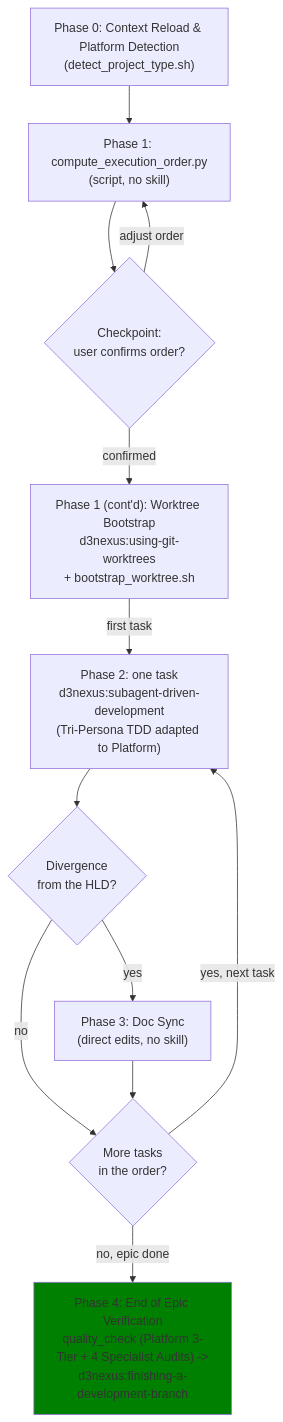
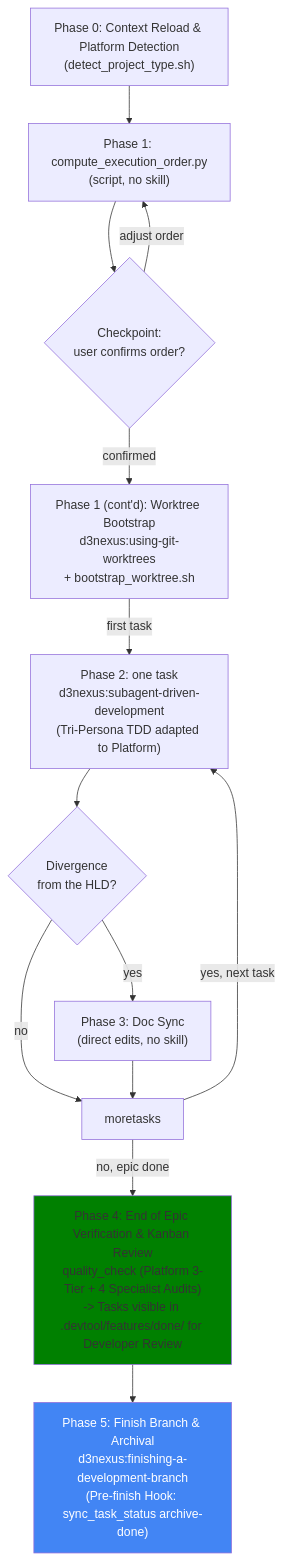
One commit to DanhDue/ai-agent-tools changed the diagram in skills/epic-implementation/SKILL.md. Above: the diagram before and after it, drawn with Mermaid. The commit also changed other lines of this file and 7 other files, not shown here.

First line of the commit message:
[EPIC_ARCHIVAL_AND_PLANNING_GATE] Integrate Pre-Finish Archival Hook and Kanban Review State

````diff
--- a/skills/epic-implementation/SKILL.md
+++ b/skills/epic-implementation/SKILL.md
@@ -41,25 +41,27 @@
 ```mermaid
 flowchart TB
     phase0["Phase 0: Context Reload & Platform Detection\n(detect_project_type.sh)"]
     phase1a["Phase 1: compute_execution_order.py\n(script, no skill)"]
     checkpoint{"Checkpoint:\nuser confirms order?"}
     phase1b["Phase 1 (cont'd): Worktree Bootstrap\nd3nexus:using-git-worktrees\n+ bootstrap_worktree.sh"]
     phase2["Phase 2: one task\nd3nexus:subagent-driven-development\n(Tri-Persona TDD adapted to Platform)"]
     diverged{"Divergence\nfrom the HLD?"}
     phase3["Phase 3: Doc Sync\n(direct edits, no skill)"]
-    moretasks{"More tasks\nin the order?"}
-    phase4["Phase 4: End of Epic Verification\nquality_check (Platform 3-Tier + 4 Specialist Audits) ->\nd3nexus:finishing-a-development-branch"]
+    phase4["Phase 4: End of Epic Verification & Kanban Review\nquality_check (Platform 3-Tier + 4 Specialist Audits)\n-> Tasks visible in .devtool/features/done/ for Developer Review"]
+    phase5["Phase 5: Finish Branch & Archival\nd3nexus:finishing-a-development-branch\n(Pre-finish Hook: sync_task_status archive-done)"]
     style phase4 fill:green
+    style phase5 fill:#4285f4,color:#fff
 
     phase0 --> phase1a
     phase1a --> checkpoint
     checkpoint -- "adjust order" --> phase1a
     checkpoint -- "confirmed" --> phase1b
     phase1b -- "first task" --> phase2
     phase2 --> diverged
     diverged -- "yes" --> phase3
     diverged -- "no" --> moretasks
     phase3 --> moretasks
     moretasks -- "yes, next task" --> phase2
     moretasks -- "no, epic done" --> phase4
+    phase4 --> phase5
 ```
````
